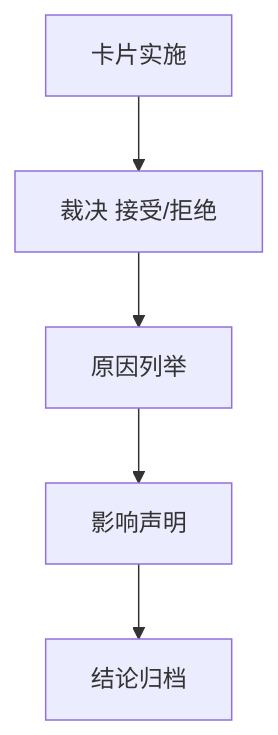
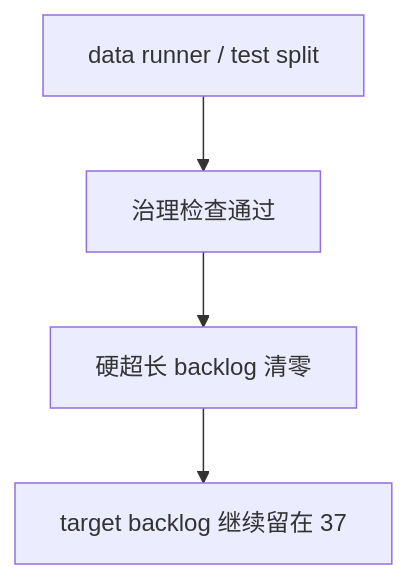
The diagram in docs/03-execution/37-system-governance-historical-debt-backlog-burndown-conclusion-20260412.md (everything-is-simple/lifespan-0.01), drawn with Mermaid before and after one commit. The commit also changed other lines of this file and 19 other files, not shown here.

Commit message:
data: split runner and tests

````diff
--- a/docs/03-execution/37-system-governance-historical-debt-backlog-burndown-conclusion-20260412.md
+++ b/docs/03-execution/37-system-governance-historical-debt-backlog-burndown-conclusion-20260412.md
@@ -30,7 +24,6 @@
 ```mermaid
 flowchart TD
-    A["卡片实施"] --> B["裁决 接受/拒绝"]
-    B --> C["原因列举"]
-    C --> D["影响声明"]
-    D --> E["结论归档"]
+    A["data runner / test split"] --> B["治理检查通过"]
+    B --> C["硬超长 backlog 清零"]
+    C --> D["target backlog 继续留在 37"]
 ```
````
